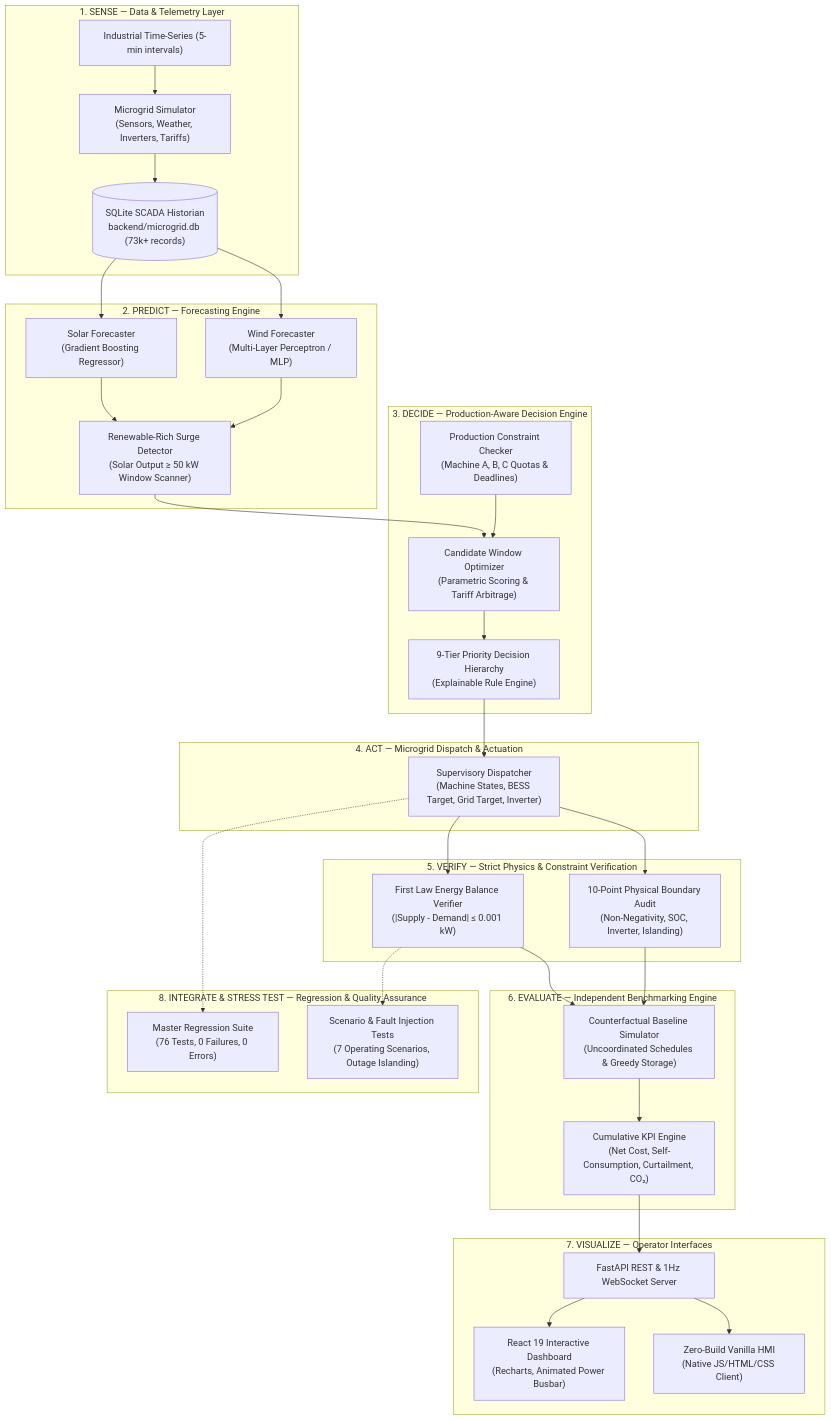
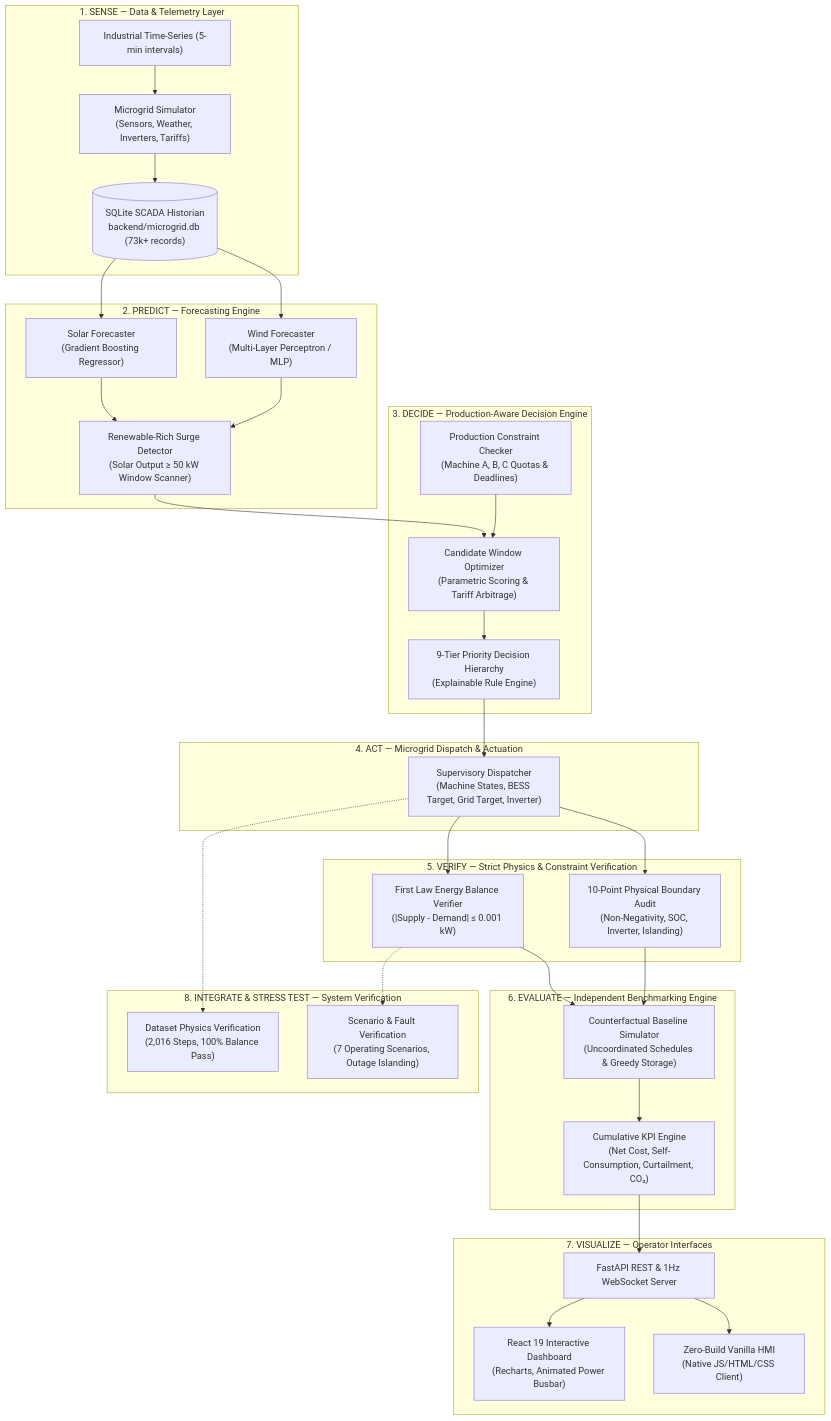
Before and after one commit to SNRNirmal/APEX-Energy-Management: the second of 2 diagrams in README.md, drawn with Mermaid. The commit also changed other lines of this file and 10 other files, not shown here.

````diff
--- a/README.md
+++ b/README.md
@@ -62,61 +62,61 @@
 ```mermaid
 flowchart TD
     subgraph SENSE_LAYER ["1. SENSE — Data & Telemetry Layer"]
         TSData["Industrial Time-Series (5-min intervals)"]
         Historian[("SQLite SCADA Historian<br/>backend/microgrid.db (73k+ records)")]
         Simulator["Microgrid Simulator<br/>(Sensors, Weather, Inverters, Tariffs)"]
     end
 
     subgraph PREDICT_LAYER ["2. PREDICT — Forecasting Engine"]
         SolarML["Solar Forecaster<br/>(Gradient Boosting Regressor)"]
         WindML["Wind Forecaster<br/>(Multi-Layer Perceptron / MLP)"]
         SurgeDetector["Renewable-Rich Surge Detector<br/>(Solar Output ≥ 50 kW Window Scanner)"]
     end
 
     subgraph DECIDE_LAYER ["3. DECIDE — Production-Aware Decision Engine"]
         ConstraintChecker["Production Constraint Checker<br/>(Machine A, B, C Quotas & Deadlines)"]
         WindowScorer["Candidate Window Optimizer<br/>(Parametric Scoring & Tariff Arbitrage)"]
         PriorityLadder["9-Tier Priority Decision Hierarchy<br/>(Explainable Rule Engine)"]
     end
 
     subgraph ACT_LAYER ["4. ACT — Microgrid Dispatch & Actuation"]
         Dispatcher["Supervisory Dispatcher<br/>(Machine States, BESS Target, Grid Target, Inverter)"]
     end
 
     subgraph VERIFY_LAYER ["5. VERIFY — Strict Physics & Constraint Verification"]
         FirstLaw["First Law Energy Balance Verifier<br/>(|Supply - Demand| ≤ 0.001 kW)"]
         BoundaryAudit["10-Point Physical Boundary Audit<br/>(Non-Negativity, SOC, Inverter, Islanding)"]
     end
 
     subgraph EVALUATE_LAYER ["6. EVALUATE — Independent Benchmarking Engine"]
         BaselineEngine["Counterfactual Baseline Simulator<br/>(Uncoordinated Schedules & Greedy Storage)"]
         KPICalculator["Cumulative KPI Engine<br/>(Net Cost, Self-Consumption, Curtailment, CO₂)"]
     end
 
     subgraph VISUALIZE_LAYER ["7. VISUALIZE — Operator Interfaces"]
         ReactDashboard["React 19 Interactive Dashboard<br/>(Recharts, Animated Power Busbar)"]
         VanillaHMI["Zero-Build Vanilla HMI<br/>(Native JS/HTML/CSS Client)"]
         REST_WS["FastAPI REST & 1Hz WebSocket Server"]
     end
 
-    subgraph TEST_LAYER ["8. INTEGRATE & STRESS TEST — Regression & Quality Assurance"]
-        MasterTestRunner["Master Regression Suite<br/>(76 Tests, 0 Failures, 0 Errors)"]
-        StressHarness["Scenario & Fault Injection Tests<br/>(7 Operating Scenarios, Outage Islanding)"]
+    subgraph TEST_LAYER ["8. INTEGRATE & STRESS TEST — System Verification"]
+        MasterTestRunner["Dataset Physics Verification<br/>(2,016 Steps, 100% Balance Pass)"]
+        StressHarness["Scenario & Fault Verification<br/>(7 Operating Scenarios, Outage Islanding)"]
     end
 
     TSData --> Simulator
     Simulator --> Historian
     Historian --> SolarML & WindML
     SolarML & WindML --> SurgeDetector
     SurgeDetector --> WindowScorer
     ConstraintChecker --> WindowScorer
     WindowScorer --> PriorityLadder
     PriorityLadder --> Dispatcher
     Dispatcher --> FirstLaw & BoundaryAudit
     FirstLaw & BoundaryAudit --> BaselineEngine
     BaselineEngine --> KPICalculator
     KPICalculator --> REST_WS
     REST_WS --> ReactDashboard & VanillaHMI
     Dispatcher -.-> MasterTestRunner
     FirstLaw -.-> StressHarness
 ```
````
